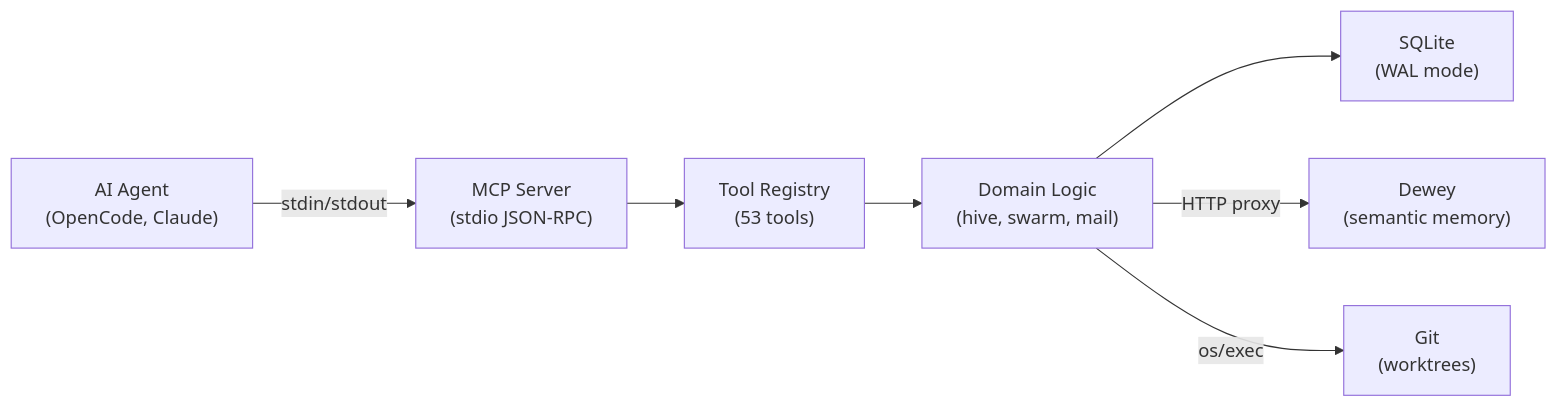
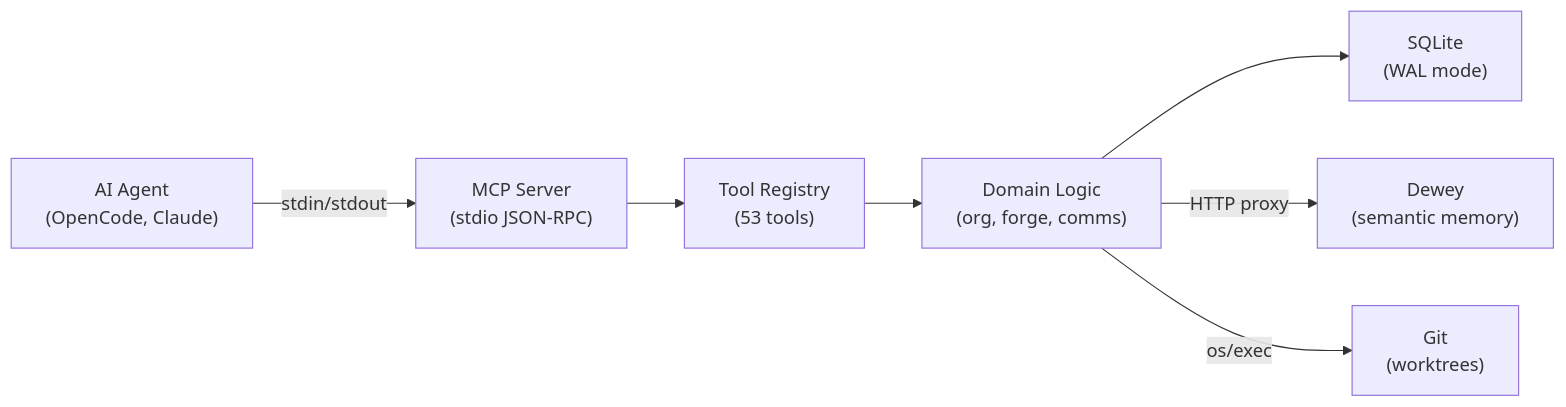
The diagram in README.md (em-redhat/replicator), drawn with Mermaid before and after one commit. The commit also changed other lines of this file and 111 other files, not shown here.

First line of the commit message:
feat: rename terminology (hive→org, swarmmail→comms, swarm→forge) + ship agent kit (closes #9)

````diff
--- a/README.md
+++ b/README.md
@@ -125,17 +125,17 @@
 ```mermaid
 flowchart LR
     Agent["AI Agent\n(OpenCode, Claude)"]
     MCP["MCP Server\n(stdio JSON-RPC)"]
     Reg["Tool Registry\n(53 tools)"]
-    Domain["Domain Logic\n(hive, swarm, mail)"]
+    Domain["Domain Logic\n(org, forge, comms)"]
     DB["SQLite\n(WAL mode)"]
     Dewey["Dewey\n(semantic memory)"]
     Git["Git\n(worktrees)"]
 
     Agent -->|stdin/stdout| MCP
     MCP --> Reg
     Reg --> Domain
     Domain --> DB
     Domain -->|HTTP proxy| Dewey
     Domain -->|os/exec| Git
 ```
````
